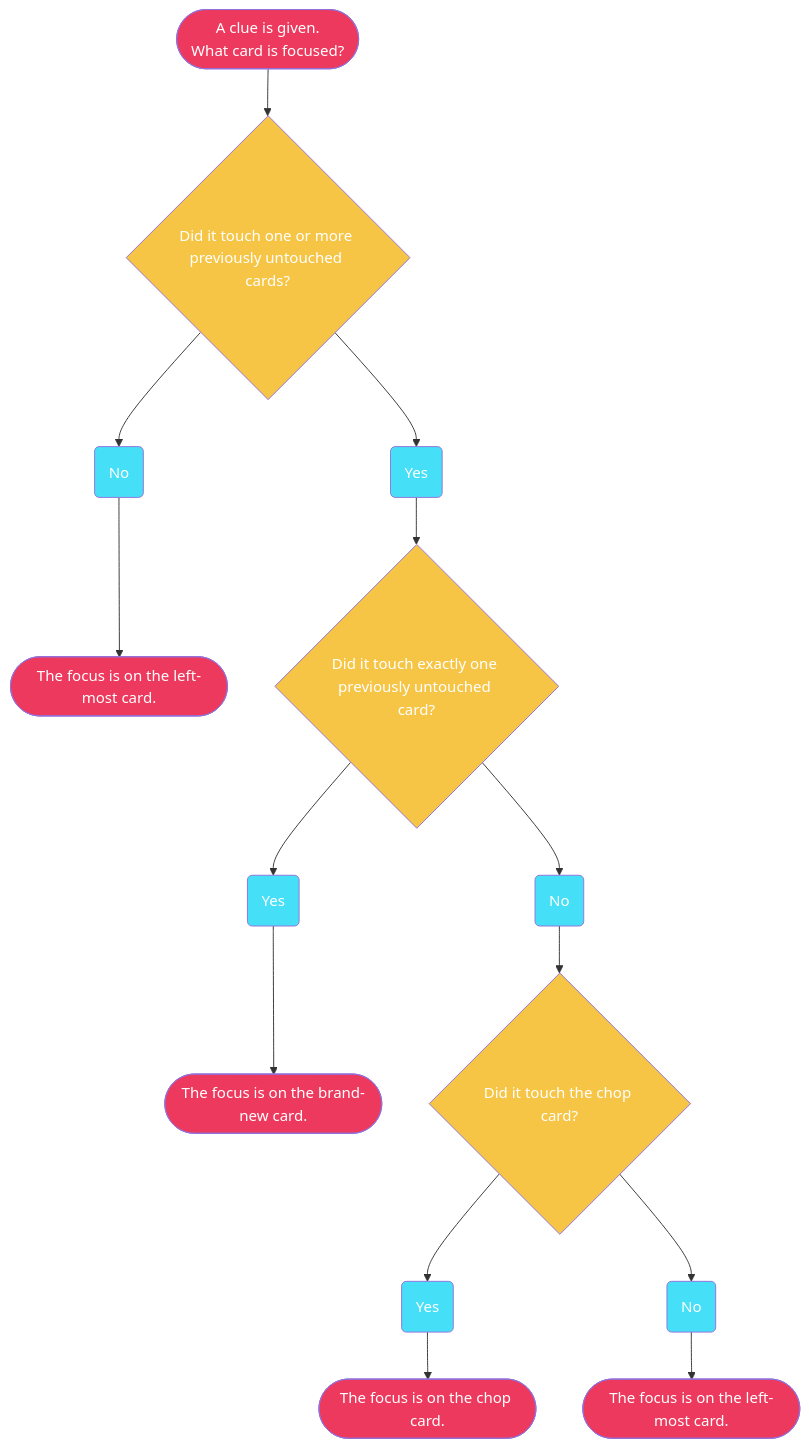
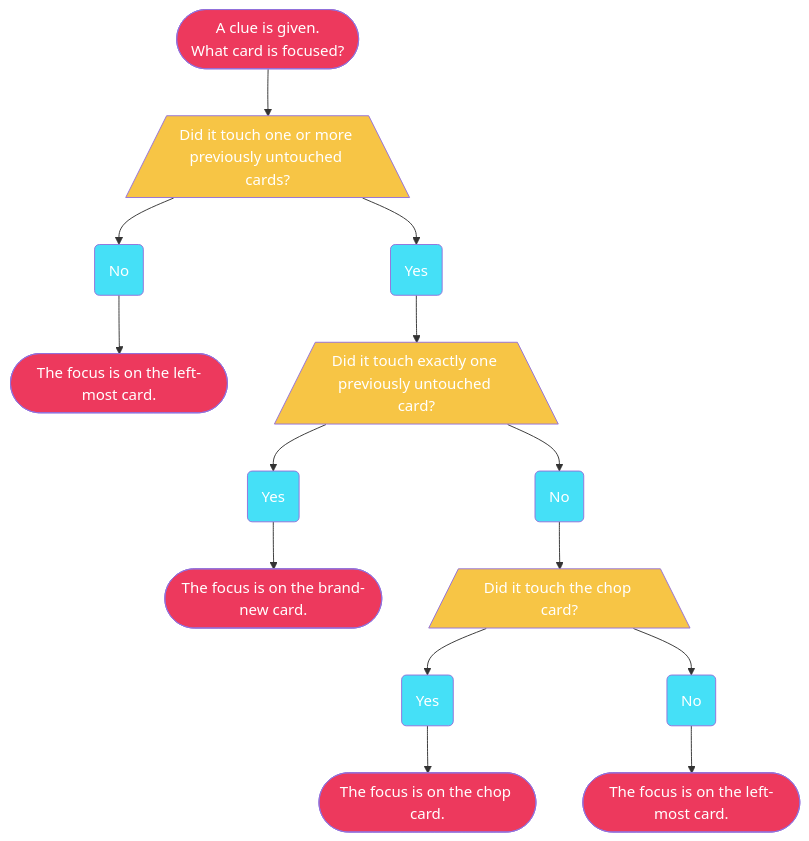
The diagram in docs/level-1.mdx (hanabi/hanabi.github.io), drawn with Mermaid before and after one commit.

Commit message:
change to rhombus

````diff
--- a/docs/level-1.mdx
+++ b/docs/level-1.mdx
@@ -58,46 +58,46 @@
 ```mermaid
 graph TD;
 
 S([A clue is given.<br />What card is focused?])
 style S fill:#ed395d,color:#fff
-D1{Did it touch one or more previously untouched cards?}
+D1[/Did it touch one or more previously untouched cards?\]
 style D1 fill:#f7c545,color:#fff
 D1Y(Yes)
 style D1Y fill:#45e0f7,color:#fff
 D1N(No)
 style D1N fill:#45e0f7,color:#fff
 D1NL([The focus is on the left-most card.])
 style D1NL fill:#ed395d,color:#fff
-D2{Did it touch exactly one previously untouched card?}
+D2[/Did it touch exactly one previously untouched card?\]
 style D2 fill:#f7c545,color:#fff
 D2Y(Yes)
 style D2Y fill:#45e0f7,color:#fff
 D2N(No)
 style D2N fill:#45e0f7,color:#fff
 D2YL([The focus is on the brand-new card.])
 style D2YL fill:#ed395d,color:#fff
-D3{Did it touch the chop card?}
+D3[/Did it touch the chop card?\]
 style D3 fill:#f7c545,color:#fff
 D3Y(Yes)
 style D3Y fill:#45e0f7,color:#fff
 D3N(No)
 style D3N fill:#45e0f7,color:#fff
 D3YL([The focus is on the chop card.])
 style D3YL fill:#ed395d,color:#fff
 D3NL([The focus is on the left-most card.])
 style D3NL fill:#ed395d,color:#fff
 
 S --> D1;
 D1 --> D1Y;
 D1 --> D1N;
 D1N --> D1NL;
 D1Y --> D2;
 D2 --> D2Y;
 D2 --> D2N;
 D2Y --> D2YL;
 D2N --> D3;
 D3 --> D3Y;
 D3 --> D3N;
 D3Y --> D3YL;
 D3N --> D3NL;
 ```
````
